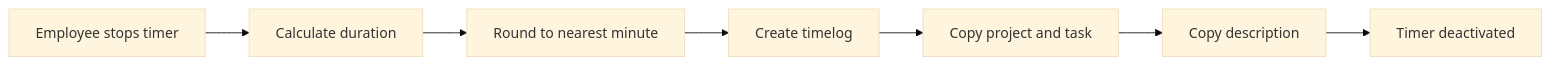
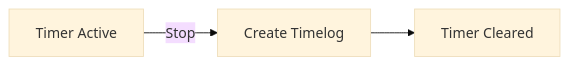
One commit to wrtnlabs/autobe-examples changed the seventh of 10 diagrams in z-ai/glm-5/erp/docs/analysis/03-functional-requirements.md. Above: the diagram before and after it, drawn with Mermaid (base theme). The commit also changed other lines of this file and 3761 other files, not shown here.

````diff
--- a/z-ai/glm-5/erp/docs/analysis/03-functional-requirements.md
+++ b/z-ai/glm-5/erp/docs/analysis/03-functional-requirements.md
@@ -1203,9 +911,5 @@
 ```mermaid
 flowchart LR
-    A["Employee stops timer"] --> B["Calculate duration"]
-    B --> C["Round to nearest minute"]
-    C --> D["Create timelog"]
-    D --> E["Copy project and task"]
-    E --> F["Copy description"]
-    F --> G["Timer deactivated"]
+    A["Timer Active"] -->|"Stop"| B["Create Timelog"]
+    B --> C["Timer Cleared"]
 ```
````
